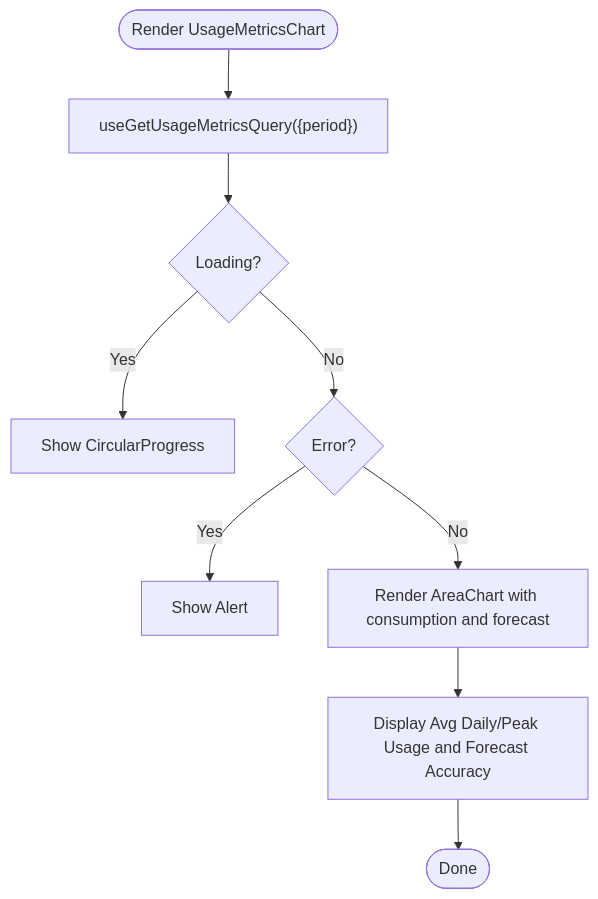
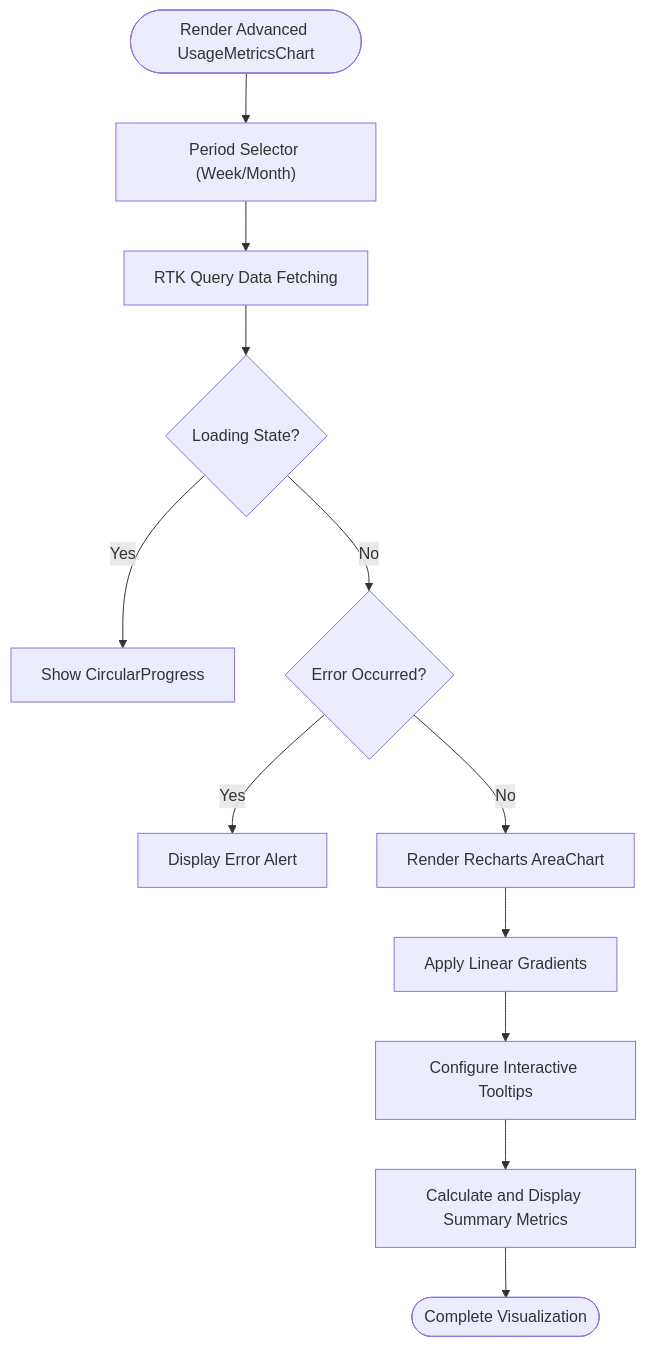
Before and after one commit to cacamarica/dashboard-ai: the fourth of 9 diagrams in .qoder/repowiki/en/content/Core Features/Reports and Analytics.md, drawn with Mermaid. The commit also changed other lines of this file and 14 other files, not shown here.

````diff
--- a/.qoder/repowiki/en/content/Core Features/Reports and Analytics.md
+++ b/.qoder/repowiki/en/content/Core Features/Reports and Analytics.md
@@ -202,11 +225,14 @@
 ```mermaid
 flowchart TD
-Start(["Render UsageMetricsChart"]) --> Load["useGetUsageMetricsQuery({period})"]
-Load --> IsLoading{"Loading?"}
-IsLoading --> |Yes| ShowSpinner["Show CircularProgress"]
-IsLoading --> |No| HasError{"Error?"}
-HasError --> |Yes| ShowAlert["Show Alert"]
-HasError --> |No| RenderChart["Render AreaChart with consumption and forecast"]
-RenderChart --> Summary["Display Avg Daily/Peak Usage and Forecast Accuracy"]
-Summary --> End(["Done"])
+Start(["Render Advanced UsageMetricsChart"]) --> PeriodSelect["Period Selector (Week/Month)"]
+PeriodSelect --> DataFetch["RTK Query Data Fetching"]
+DataFetch --> Loading{"Loading State?"}
+Loading --> |Yes| ShowSpinner["Show CircularProgress"]
+Loading --> |No| ErrorCheck{"Error Occurred?"}
+ErrorCheck --> |Yes| ShowAlert["Display Error Alert"]
+ErrorCheck --> |No| RenderChart["Render Recharts AreaChart"]
+RenderChart --> GradientDefs["Apply Linear Gradients"]
+GradientDefs --> Tooltips["Configure Interactive Tooltips"]
+Tooltips --> Summary["Calculate and Display Summary Metrics"]
+Summary --> End(["Complete Visualization"])
 ```
````
